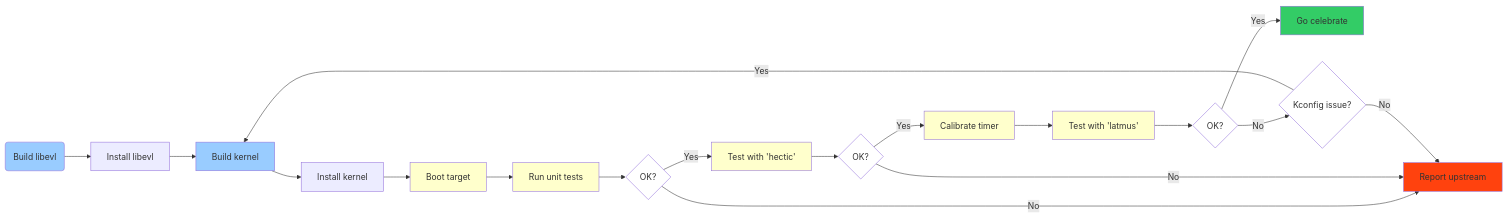
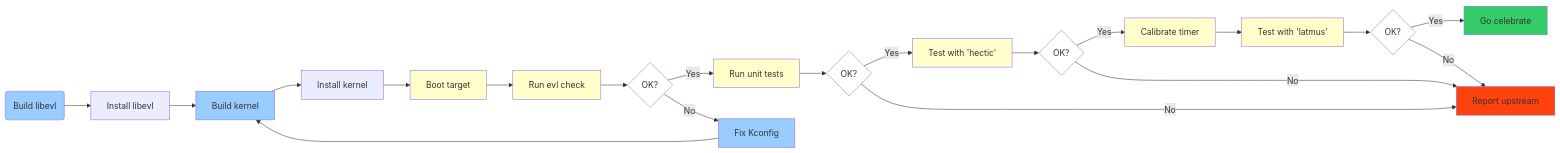
Before and after one commit to The-going/evlproject: the diagram in content/overview/_index.md, drawn with Mermaid. The commit also changed 1 other file, not shown here.

Commit message:
core/commands: document evl check

```diff
--- a/content/overview/_index.md
+++ b/content/overview/_index.md
@@ -304,41 +304,48 @@
 {{<mermaid align="left">}}
 graph LR;
     S("Build libevl") --> X["Install libevl"]
     style S fill:#99ccff;
     click S "/core/build-steps#building-libevl"
     X --> A["Build kernel"]
     click A "/core/build-steps#building-evl-core"
     A --> B["Install kernel"]
     style A fill:#99ccff;
     B --> C["Boot target"]
     style C fill:#ffffcc;
-    C --> D["Run unit tests"]
+
+    C --> U["Run evl check"]
+    style U fill:#ffffcc;
+    click U "/core/commands#evl-check-command"
+    U --> UU{OK?}
+    style UU fill:#fff;
+    UU -->|Yes| D["Run unit tests"]
+    UU -->|No| R[Fix Kconfig]
+    click R "/core/caveat"
+    style R fill:#99ccff;
+    R --> A
+
     style D fill:#ffffcc;
     click D "/core/testing#evl-unit-testing"
     D --> L{OK?}
     style L fill:#fff;
     L -->|Yes| E["Test with 'hectic'"]
     L -->|No| Z["Report upstream"]
     style Z fill:#ff420e;
     click E "/core/testing#hectic-program"
     click Z "https://evlproject.org/mailman/listinfo/evl/"
     E --> M{OK?}
     style M fill:#fff;
     M -->|Yes| F["Calibrate timer"]
     M -->|No| Z
     click F "/core/runtime-settings#calibrate-core-timer"
     style E fill:#ffffcc;
     F --> G["Test with 'latmus'"]
     style F fill:#ffffcc;
     style G fill:#ffffcc;
     click G "/core/testing#latmus-program"
     G --> N{OK?}
     style N fill:#fff;
     N -->|Yes| O["Go celebrate"]
-    N -->|No| R{Kconfig issue?}
+    N -->|No| Z
     style O fill:#33cc66;
-    style R fill:#fff;
-    click R "/core/caveat"
-    R -->|Yes| A
-    R -->|No| Z
 {{< /mermaid >}}
```
